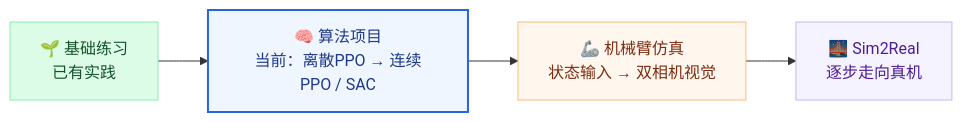
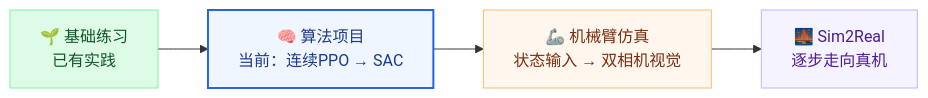
One commit to ZzxArthur/rl-learning changed the diagram in README.md. Above: the diagram before and after it, drawn with Mermaid. The commit also changed other lines of this file and 17 other files, not shown here.

````diff
--- a/README.md
+++ b/README.md
@@ -50,10 +51,10 @@
 ```mermaid
 flowchart LR
-    A["🌱 基础练习<br/>已有实践"] --> B["🧠 算法项目<br/>当前：离散PPO → 连续PPO / SAC"]
+    A["🌱 基础练习<br/>已有实践"] --> B["🧠 算法项目<br/>当前：连续PPO → SAC"]
     B --> C["🦾 机械臂仿真<br/>状态输入 → 双相机视觉"]
     C --> D["🌉 Sim2Real<br/>逐步走向真机"]
     style A fill:#DCFCE7,stroke:#86EFAC,color:#14532D
     style B fill:#EFF6FF,stroke:#2563EB,stroke-width:2px,color:#1E3A8A
     style C fill:#FFF7ED,stroke:#FDBA74,color:#7C2D12
     style D fill:#F5F3FF,stroke:#C4B5FD,color:#4C1D95
 ```
````
